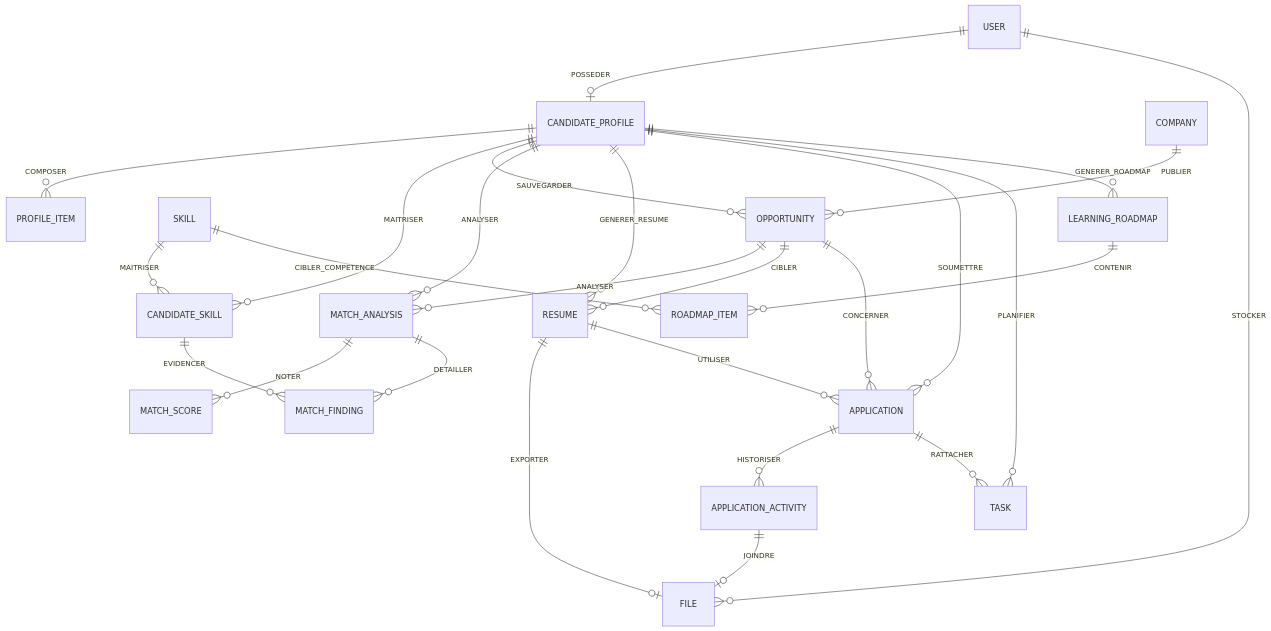
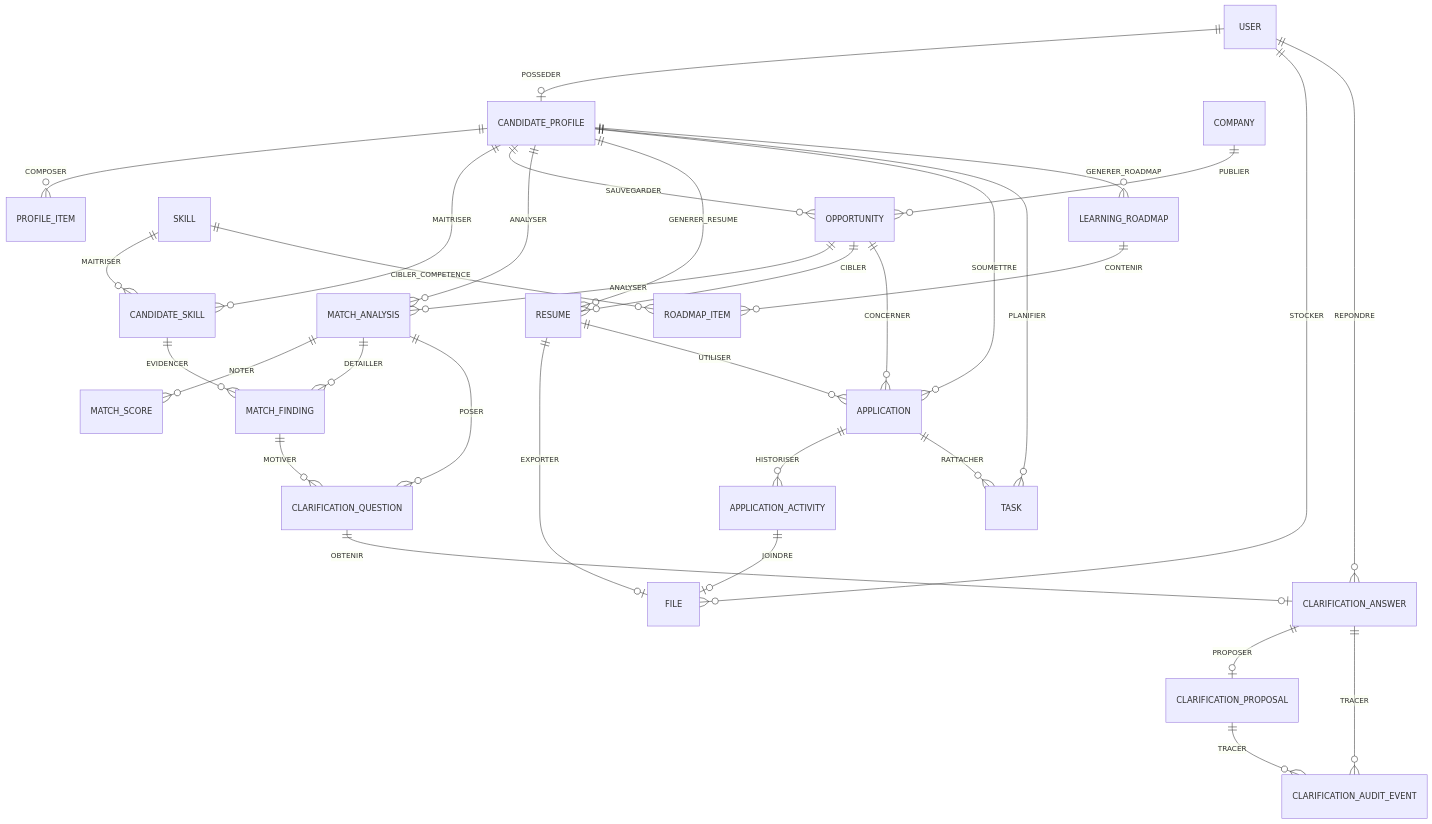
Before and after one commit to elmochilyas/CareerPilotAI: the diagram in docs/database/MCD.md, drawn with Mermaid. The commit also changed other lines of this file and 2 other files, not shown here.

Commit message:
docs(database): document clarification schema and evidence provenance

````diff
--- a/docs/database/MCD.md
+++ b/docs/database/MCD.md
@@ -19,28 +19,35 @@
 ```mermaid
 erDiagram
     USER ||--o| CANDIDATE_PROFILE : POSSEDER
     CANDIDATE_PROFILE ||--o{ PROFILE_ITEM : COMPOSER
     CANDIDATE_PROFILE ||--o{ CANDIDATE_SKILL : MAITRISER
     SKILL ||--o{ CANDIDATE_SKILL : MAITRISER
     USER ||--o{ FILE : STOCKER
     CANDIDATE_PROFILE ||--o{ OPPORTUNITY : SAUVEGARDER
     COMPANY ||--o{ OPPORTUNITY : PUBLIER
     CANDIDATE_PROFILE ||--o{ MATCH_ANALYSIS : ANALYSER
     OPPORTUNITY ||--o{ MATCH_ANALYSIS : ANALYSER
     MATCH_ANALYSIS ||--o{ MATCH_SCORE : NOTER
     MATCH_ANALYSIS ||--o{ MATCH_FINDING : DETAILLER
     CANDIDATE_SKILL ||--o{ MATCH_FINDING : EVIDENCER
+    MATCH_ANALYSIS ||--o{ CLARIFICATION_QUESTION : POSER
+    MATCH_FINDING ||--o{ CLARIFICATION_QUESTION : MOTIVER
+    USER ||--o{ CLARIFICATION_ANSWER : REPONDRE
+    CLARIFICATION_QUESTION ||--o| CLARIFICATION_ANSWER : OBTENIR
+    CLARIFICATION_ANSWER ||--o| CLARIFICATION_PROPOSAL : PROPOSER
+    CLARIFICATION_ANSWER ||--o{ CLARIFICATION_AUDIT_EVENT : TRACER
+    CLARIFICATION_PROPOSAL ||--o{ CLARIFICATION_AUDIT_EVENT : TRACER
     CANDIDATE_PROFILE ||--o{ RESUME : GENERER_RESUME
     OPPORTUNITY ||--o{ RESUME : CIBLER
     RESUME ||--o| FILE : EXPORTER
     CANDIDATE_PROFILE ||--o{ APPLICATION : SOUMETTRE
     OPPORTUNITY ||--o{ APPLICATION : CONCERNER
     RESUME ||--o{ APPLICATION : UTILISER
     APPLICATION ||--o{ APPLICATION_ACTIVITY : HISTORISER
     APPLICATION_ACTIVITY ||--o| FILE : JOINDRE
     CANDIDATE_PROFILE ||--o{ TASK : PLANIFIER
     APPLICATION ||--o{ TASK : RATTACHER
     CANDIDATE_PROFILE ||--o{ LEARNING_ROADMAP : GENERER_ROADMAP
     LEARNING_ROADMAP ||--o{ ROADMAP_ITEM : CONTENIR
     SKILL ||--o{ ROADMAP_ITEM : CIBLER_COMPETENCE
 ```
````
